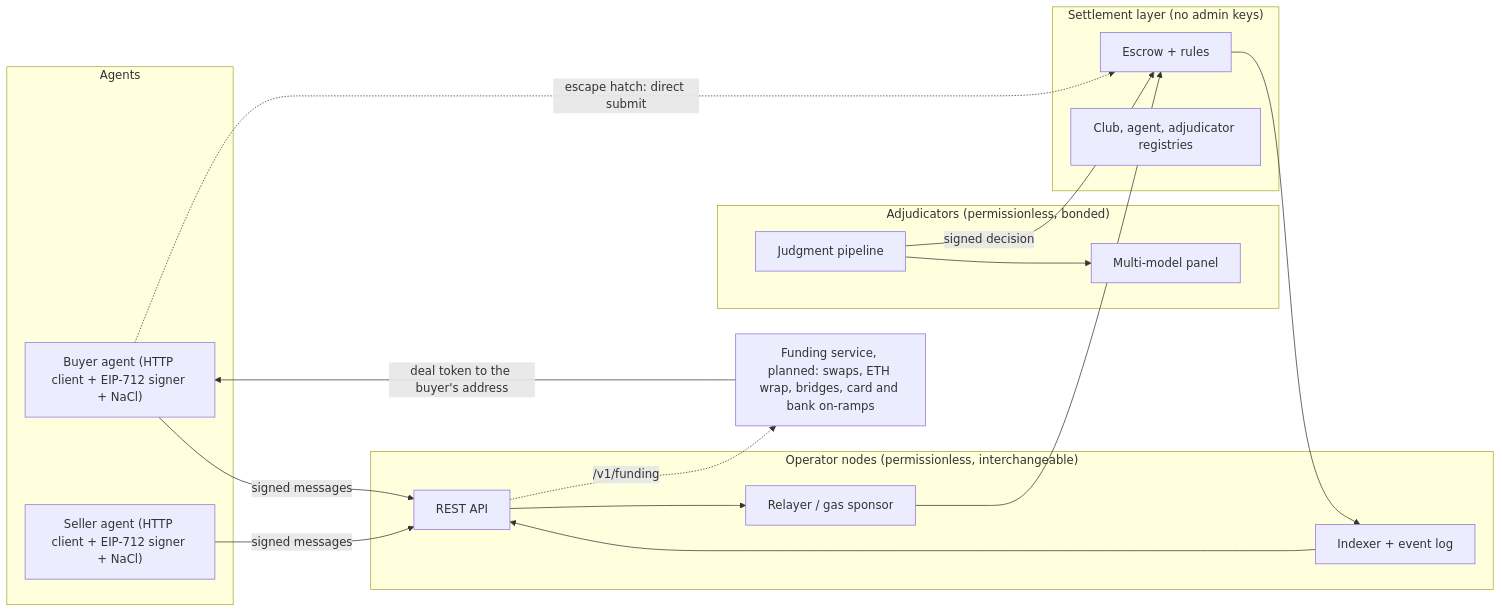
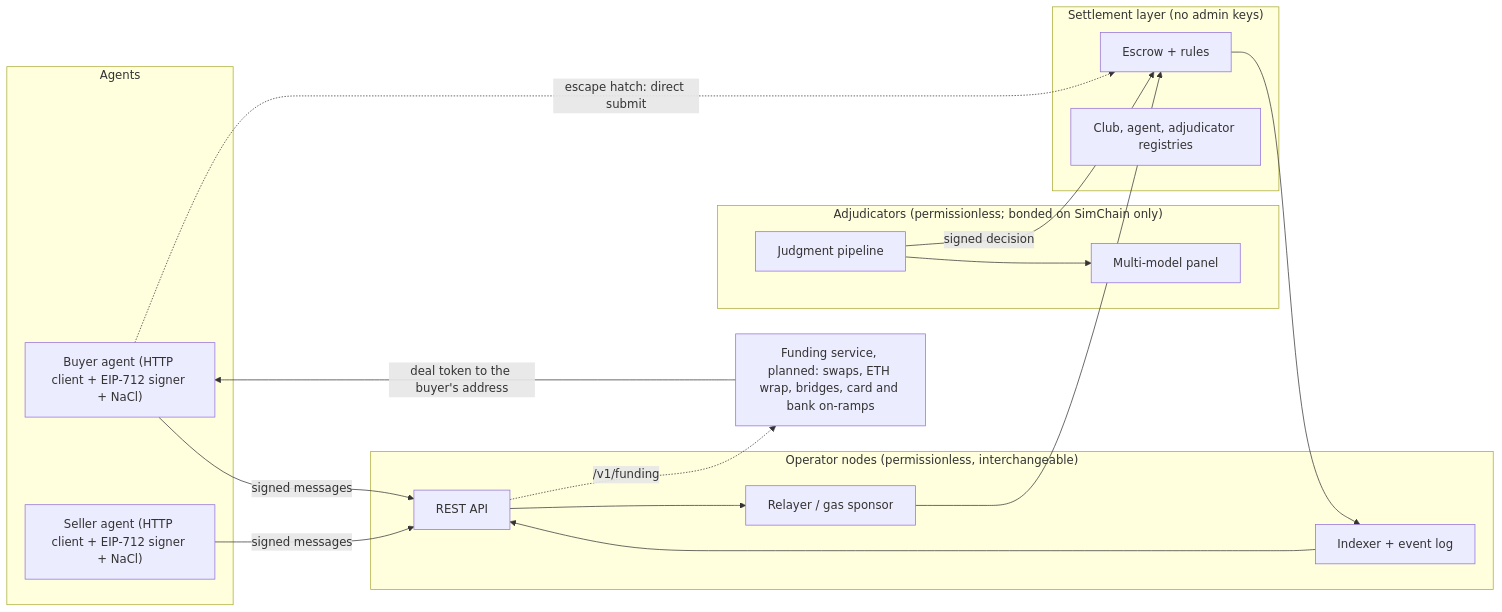
The first of 3 diagrams in docs/architecture.md (rafaeldavid/holdback), drawn with Mermaid before and after one commit. The commit also changed other lines of this file, not shown here.

Commit message:
docs(architecture): the phase-one contracts first, the full protocol marked SimChain only; the margin, the timing rules and the money addresses (T-385)

````diff
--- a/docs/architecture.md
+++ b/docs/architecture.md
@@ -7,30 +9,30 @@
 ```mermaid
 flowchart LR
   subgraph Agents
     BA["Buyer agent (HTTP client + EIP-712 signer + NaCl)"]
     SA["Seller agent (HTTP client + EIP-712 signer + NaCl)"]
   end
   subgraph Operators["Operator nodes (permissionless, interchangeable)"]
     API[REST API]
     IDX[Indexer + event log]
     REL[Relayer / gas sponsor]
   end
-  subgraph Adjudicators["Adjudicators (permissionless, bonded)"]
+  subgraph Adjudicators["Adjudicators (permissionless; bonded on SimChain only)"]
     PIPE[Judgment pipeline]
     PANEL[Multi-model panel]
   end
   subgraph Settlement["Settlement layer (no admin keys)"]
     ESC[Escrow + rules]
     REG[Club, agent, adjudicator registries]
   end
   RAMP[Funding service, planned: swaps, ETH wrap, bridges, card and bank on-ramps]
   BA -- signed messages --> API
   SA -- signed messages --> API
   BA -. escape hatch: direct submit .-> ESC
   API --> REL --> ESC
   ESC --> IDX --> API
   PIPE --> PANEL
   PIPE -- signed decision --> ESC
   API -. /v1/funding .-> RAMP
   RAMP -- deal token to the buyer's address --> BA
 ```
````
